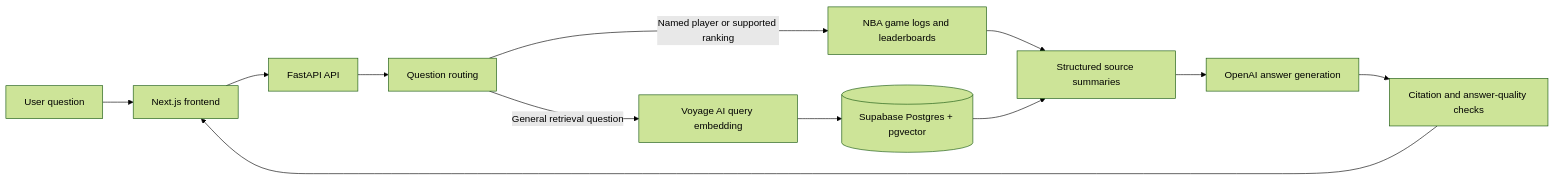
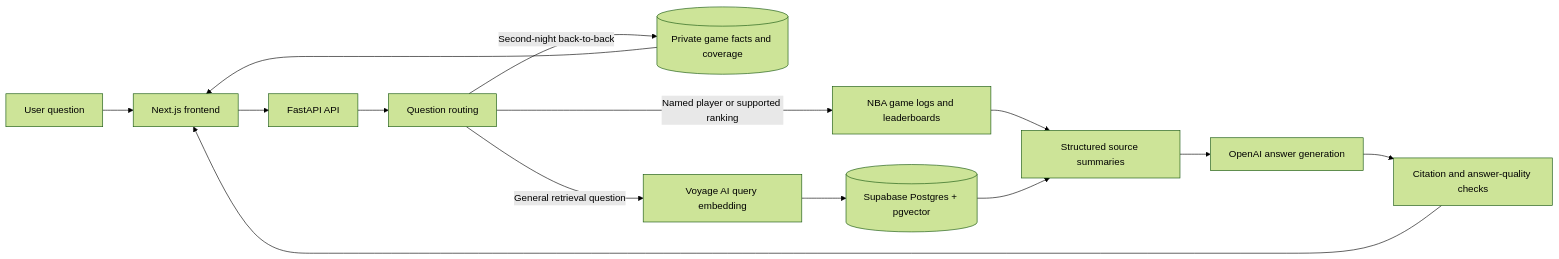
The diagram in README.md (yomnegede/StatLine), drawn with Mermaid (forest theme) before and after one commit. The commit also changed other lines of this file and 9 other files, not shown here.

````diff
--- a/README.md
+++ b/README.md
@@ -53,14 +56,16 @@
 ```mermaid
 flowchart LR
     U[User question] --> UI[Next.js frontend]
     UI --> API[FastAPI API]
     API --> R[Question routing]
     R -->|Named player or supported ranking| NBA[NBA game logs and leaderboards]
+    R -->|Second-night back-to-back| H[(Private game facts and coverage)]
     R -->|General retrieval question| E[Voyage AI query embedding]
     E --> V[(Supabase Postgres + pgvector)]
     NBA --> S[Structured source summaries]
+    H --> UI
     V --> S
     S --> L[OpenAI answer generation]
     L --> C[Citation and answer-quality checks]
     C --> UI
 ```
````
